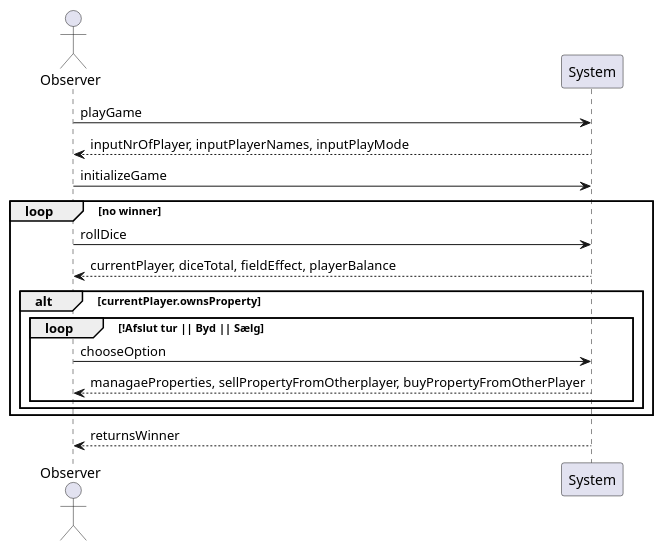
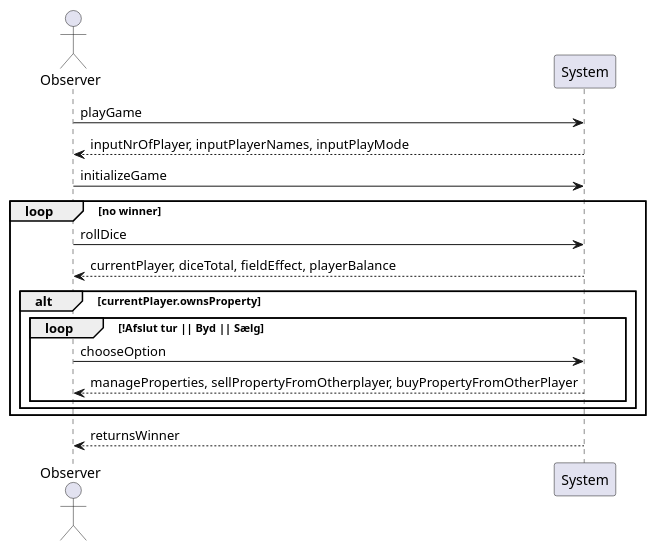
One commit to SkumJustEatMe/G05_Matador changed the diagram in src/main/models/SystemSekvensDiagram.puml. Above: the diagram before and after it, drawn with PlantUML. The commit also changed 1 other file, not shown here.

Commit message:
update designDiagram

```diff
--- a/src/main/models/SystemSekvensDiagram.puml
+++ b/src/main/models/SystemSekvensDiagram.puml
@@ -1,22 +1,22 @@
 @startuml
 'https://plantuml.com/sequence-diagram
 
 
 actor Observer
 participant System
 
 Observer -> System : playGame
 System -->  Observer : inputNrOfPlayer, inputPlayerNames, inputPlayMode
 Observer -> System : initializeGame
 loop no winner
 Observer -> System : rollDice
 System --> Observer : currentPlayer, diceTotal, fieldEffect, playerBalance
 alt currentPlayer.ownsProperty
 loop !Afslut tur || Byd || Sælg
 Observer -> System : chooseOption
-System --> Observer :managaeProperties, sellPropertyFromOtherplayer, buyPropertyFromOtherPlayer
+System --> Observer :manageProperties, sellPropertyFromOtherplayer, buyPropertyFromOtherPlayer
 end
 end
 end
 System --> Observer : returnsWinner
 @enduml
```
